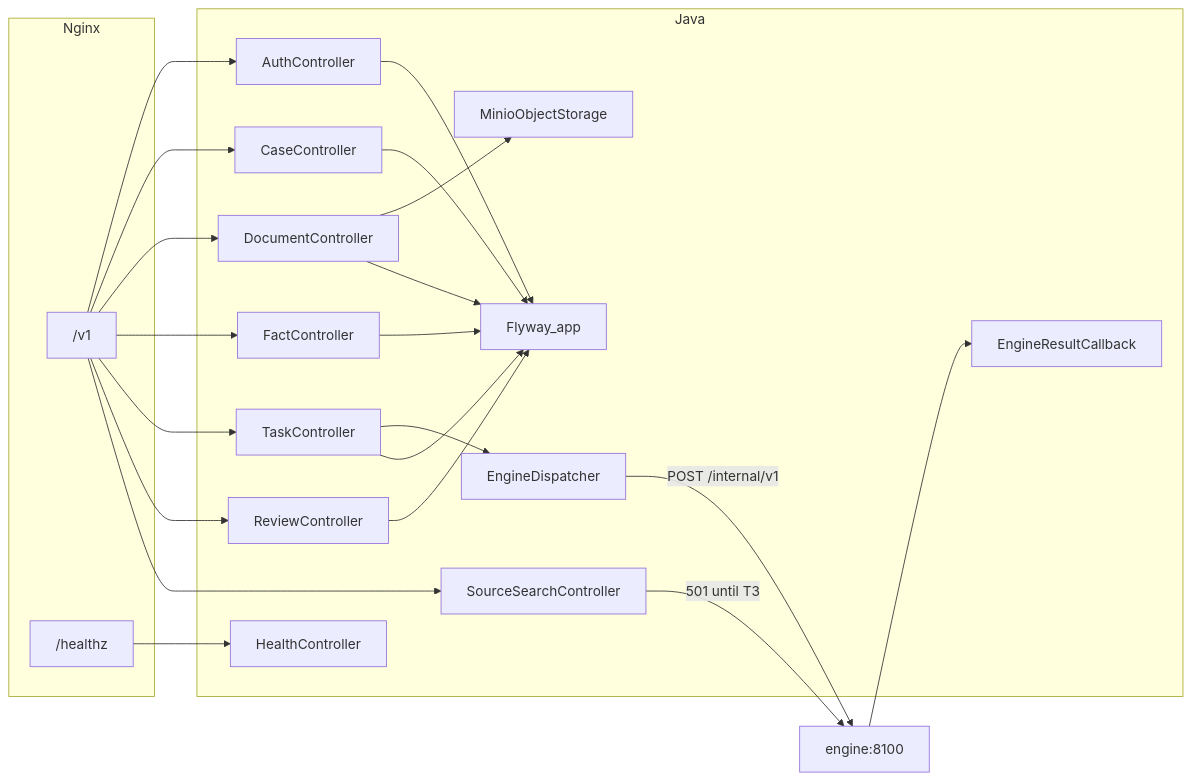
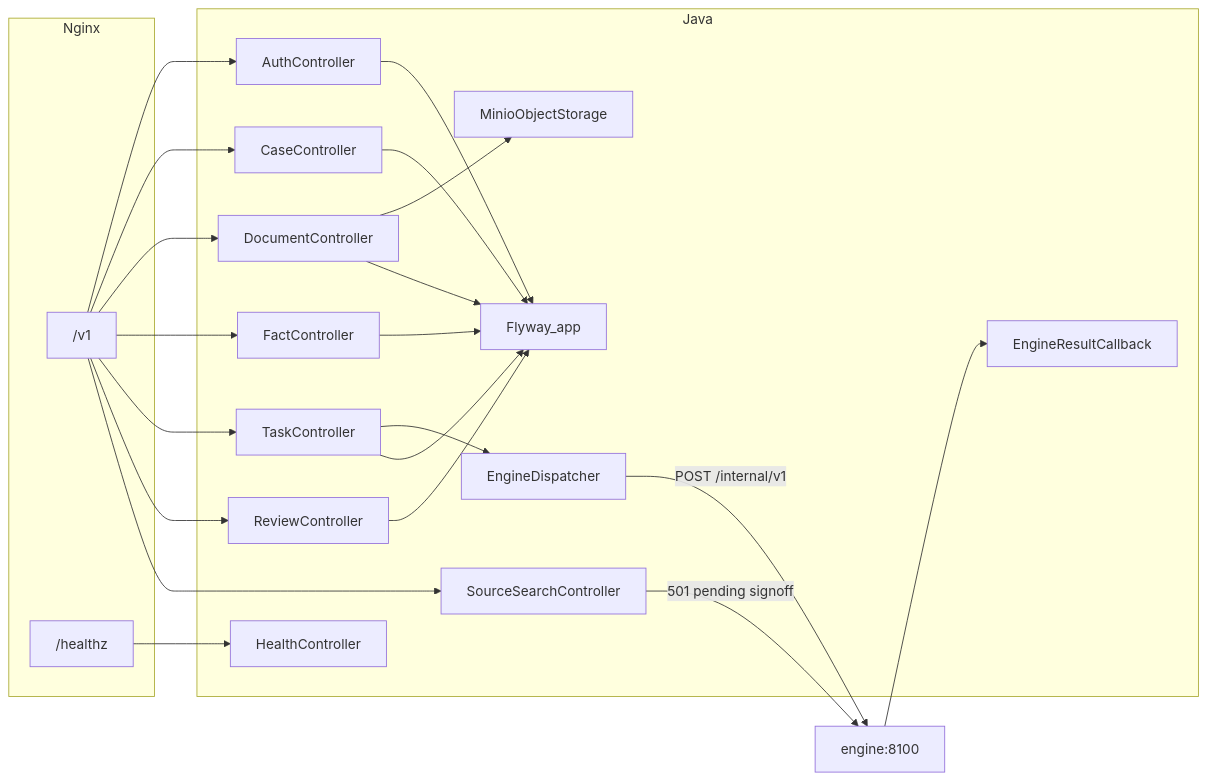
The second of 6 diagrams in docs/lexcyber-0.8.en.md (alanzhang66666/lexcyber), drawn with Mermaid before and after one commit. The commit also changed other lines of this file and 530 other files, not shown here.

First line of the commit message:
feat(v1.3): lifecycle architecture — facts versioning, artifact publication, rule registry, module engines

````diff
--- a/docs/lexcyber-0.8.en.md
+++ b/docs/lexcyber-0.8.en.md
@@ -66,40 +68,40 @@
 ```mermaid
 flowchart LR
   subgraph edge [Nginx]
     V1["/v1"]
     Hz["/healthz"]
   end
   subgraph javaApp [Java]
     Auth["AuthController"]
     Cases["CaseController"]
     Docs["DocumentController"]
     Facts["FactController"]
     Tasks["TaskController"]
     Reviews["ReviewController"]
     Sources["SourceSearchController"]
     Health["HealthController"]
     Disp["EngineDispatcher"]
     Cb["EngineResultCallback"]
     Store["MinioObjectStorage"]
     Fly["Flyway_app"]
   end
   V1 --> Auth
   V1 --> Cases
   V1 --> Docs
   V1 --> Facts
   V1 --> Tasks
   V1 --> Reviews
   V1 --> Sources
   Hz --> Health
   Docs --> Store
   Tasks --> Disp
   Disp -->|"POST /internal/v1"| EngineApi2["engine:8100"]
   EngineApi2 --> Cb
   Auth --> Fly
   Cases --> Fly
   Docs --> Fly
   Facts --> Fly
   Tasks --> Fly
   Reviews --> Fly
-  Sources -->|"501 until T3"| EngineApi2
+  Sources -->|"501 pending signoff"| EngineApi2
 ```
````
